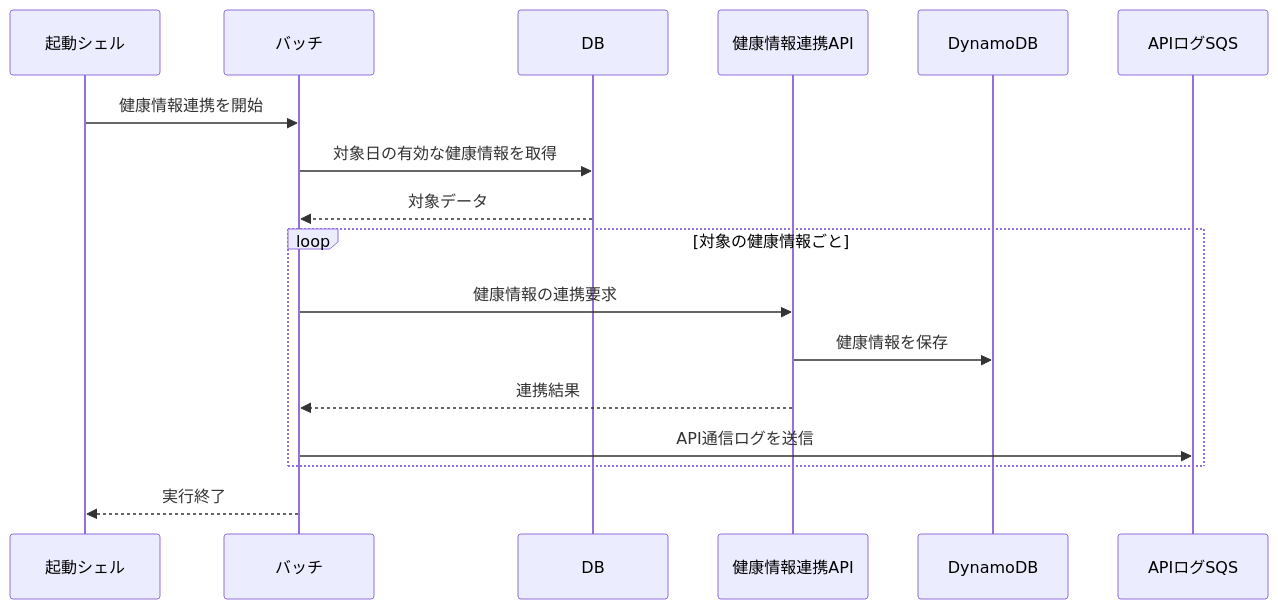
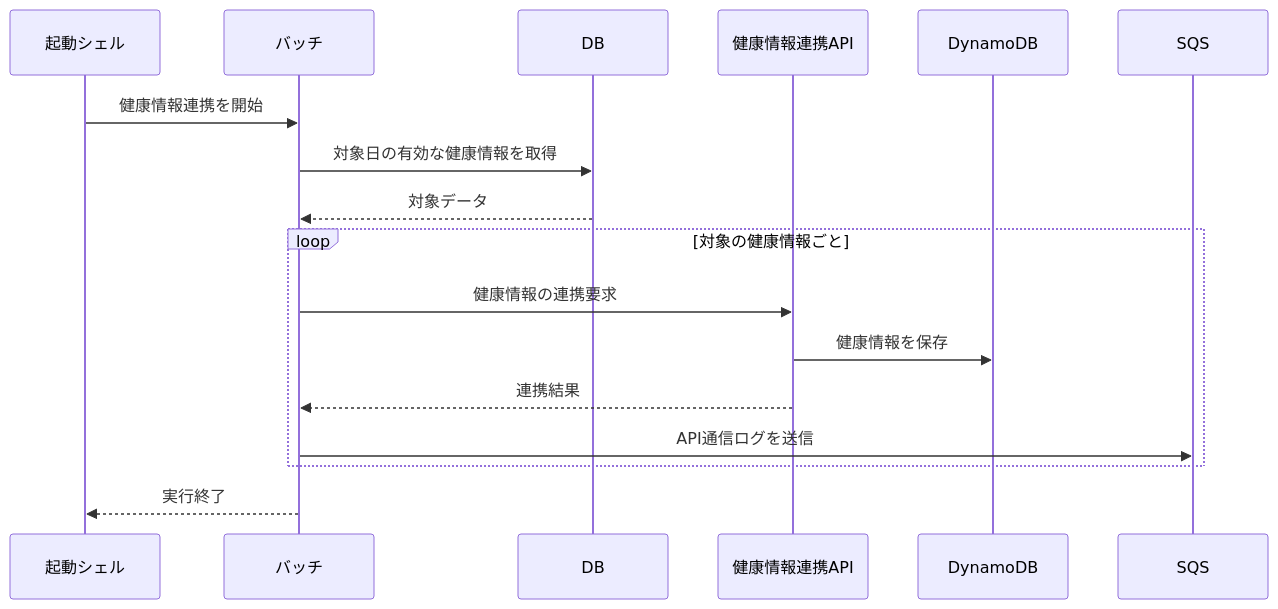
The first of 2 diagrams in ha-docs/design/03_batch/設計書_3.3.健康情報連携バッチ.md (kohei-okazaki/work-3g), drawn with Mermaid before and after one commit. The commit also changed 57 other files, not shown here.

````diff
--- a/ha-docs/design/03_batch/設計書_3.3.健康情報連携バッチ.md
+++ b/ha-docs/design/03_batch/設計書_3.3.健康情報連携バッチ.md
@@ -12,19 +12,19 @@
 ```mermaid
 sequenceDiagram
     participant S as 起動シェル
     participant B as バッチ
     participant D as DB
     participant A as 健康情報連携API
     participant K as DynamoDB
-    participant Q as APIログSQS
+    participant Q as SQS
     S->>B: 健康情報連携を開始
     B->>D: 対象日の有効な健康情報を取得
     D-->>B: 対象データ
     loop 対象の健康情報ごと
         B->>A: 健康情報の連携要求
         A->>K: 健康情報を保存
         A-->>B: 連携結果
         B->>Q: API通信ログを送信
     end
     B-->>S: 実行終了
 ```
````
